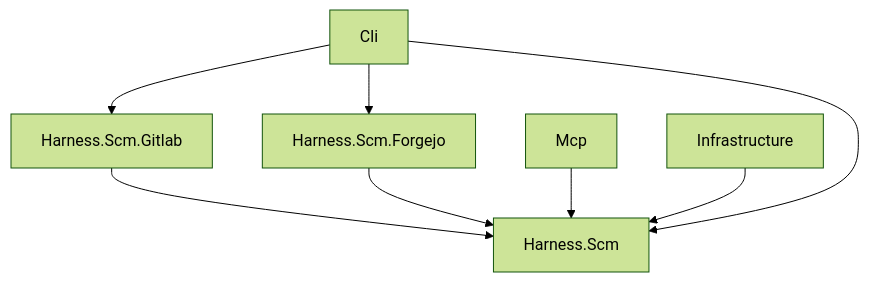
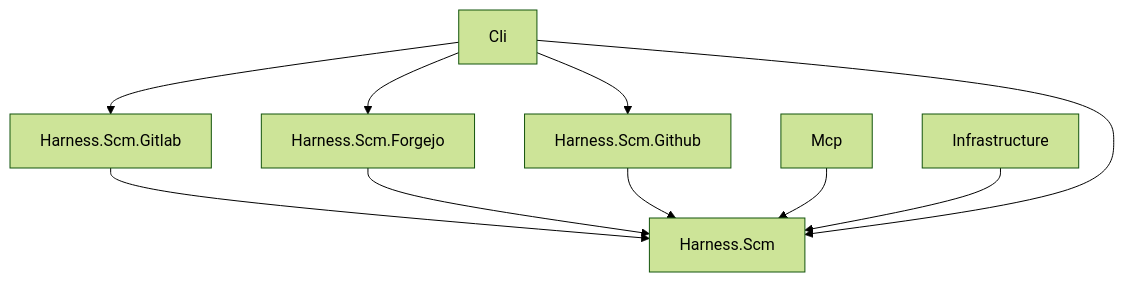
The diagram in doc/architecture/scm.md (dmako/ai-harness), drawn with Mermaid (forest theme) before and after one commit. The commit also changed other lines of this file and 47 other files, not shown here.

````diff
--- a/doc/architecture/scm.md
+++ b/doc/architecture/scm.md
@@ -21,10 +22,12 @@
 ```mermaid
 flowchart TD
     Gitlab[Harness.Scm.Gitlab] --> Scm[Harness.Scm]
     Forgejo[Harness.Scm.Forgejo] --> Scm
+    Github[Harness.Scm.Github] --> Scm
     Mcp --> Scm
     Infrastructure --> Scm
     Cli --> Gitlab
     Cli --> Forgejo
+    Cli --> Github
     Cli --> Scm
 ```
````
